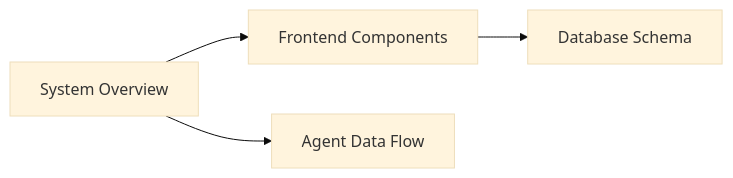
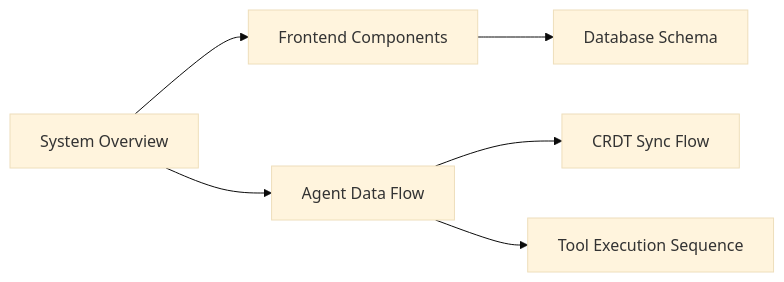
One commit to NormVg/bubbles.space changed the first of 7 diagrams in ARCHITECTURE.md. Above: the diagram before and after it, drawn with Mermaid (base theme). The commit also changed other lines of this file, not shown here.

Commit message:
docs: add detailed CRDT sync flow and Agent Tool sequence diagrams

````diff
--- a/ARCHITECTURE.md
+++ b/ARCHITECTURE.md
@@ -5,6 +5,8 @@
 ```mermaid
 graph LR
     SO[System Overview] --> CD[Frontend Components]
     SO --> DF[Agent Data Flow]
+    DF --> SYNC[CRDT Sync Flow]
+    DF --> TS[Tool Execution Sequence]
     CD --> ER[Database Schema]
 ```
````
